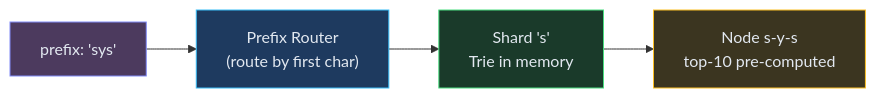
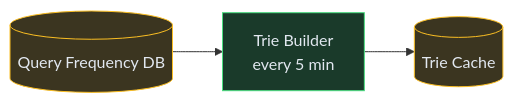
One commit to iluzn/HLD-Designs changed the fourth of 4 diagrams in content/hld/SearchAutocomplete.md. Above: the diagram before and after it, drawn with Mermaid. The commit also changed other lines of this file and 8 other files, not shown here.

````diff
--- a/content/hld/SearchAutocomplete.md
+++ b/content/hld/SearchAutocomplete.md
@@ -380,16 +157,12 @@
 ```mermaid
 flowchart LR
-    REQ["prefix: 'sys'"]:::client
-    ROUTER["Prefix Router<br/>(route by first char)"]:::edge
-    S1["Shard 's'<br/>Trie in memory"]:::service
-    NODE["Node s-y-s<br/>top-10 pre-computed"]:::data
+    DB[("Query Frequency DB")]:::data
+    BUILDER["Trie Builder<br/>every 5 min"]:::service
+    CACHE[("Trie Cache")]:::data
 
-    REQ --> ROUTER
-    ROUTER --> S1
-    S1 --> NODE
+    DB --> BUILDER
+    BUILDER --> CACHE
 
-    classDef client fill:#4c3a5e,stroke:#818cf8,color:#e2e8f0
-    classDef edge fill:#1e3a5f,stroke:#38bdf8,color:#e2e8f0
     classDef service fill:#1a3a2a,stroke:#4ade80,color:#e2e8f0
     classDef data fill:#3b3520,stroke:#fbbf24,color:#e2e8f0
 ```
````
